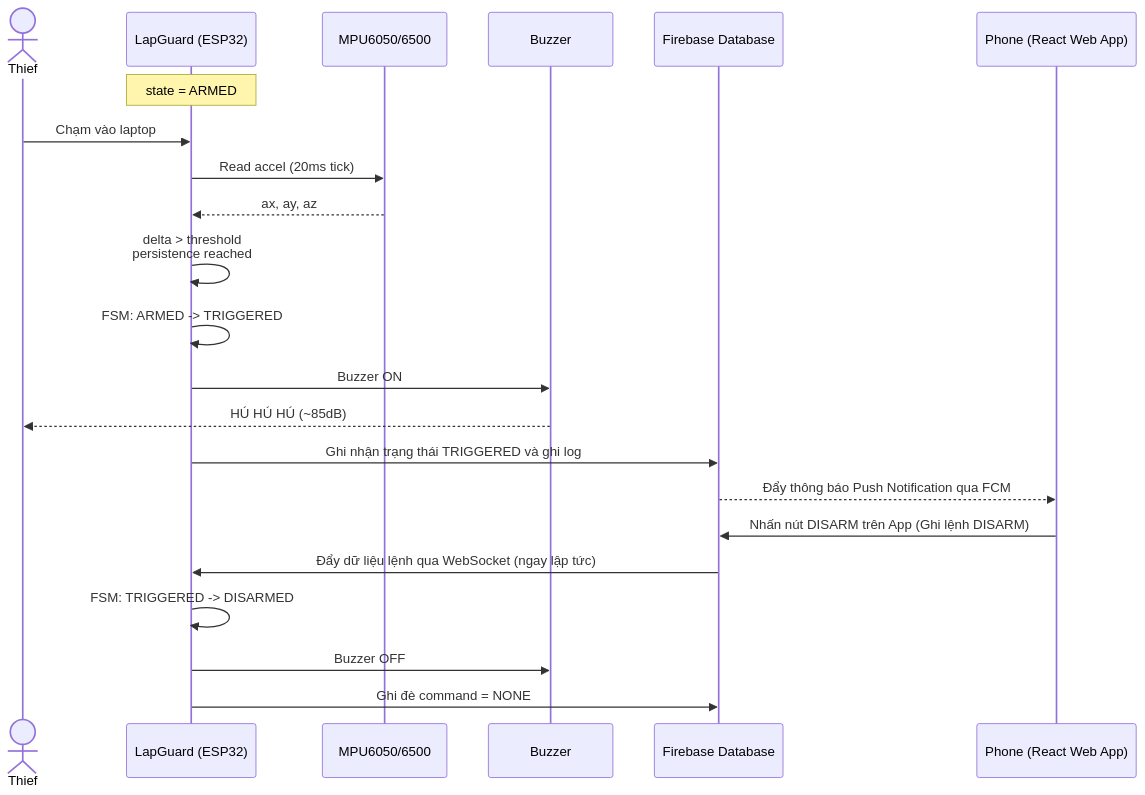
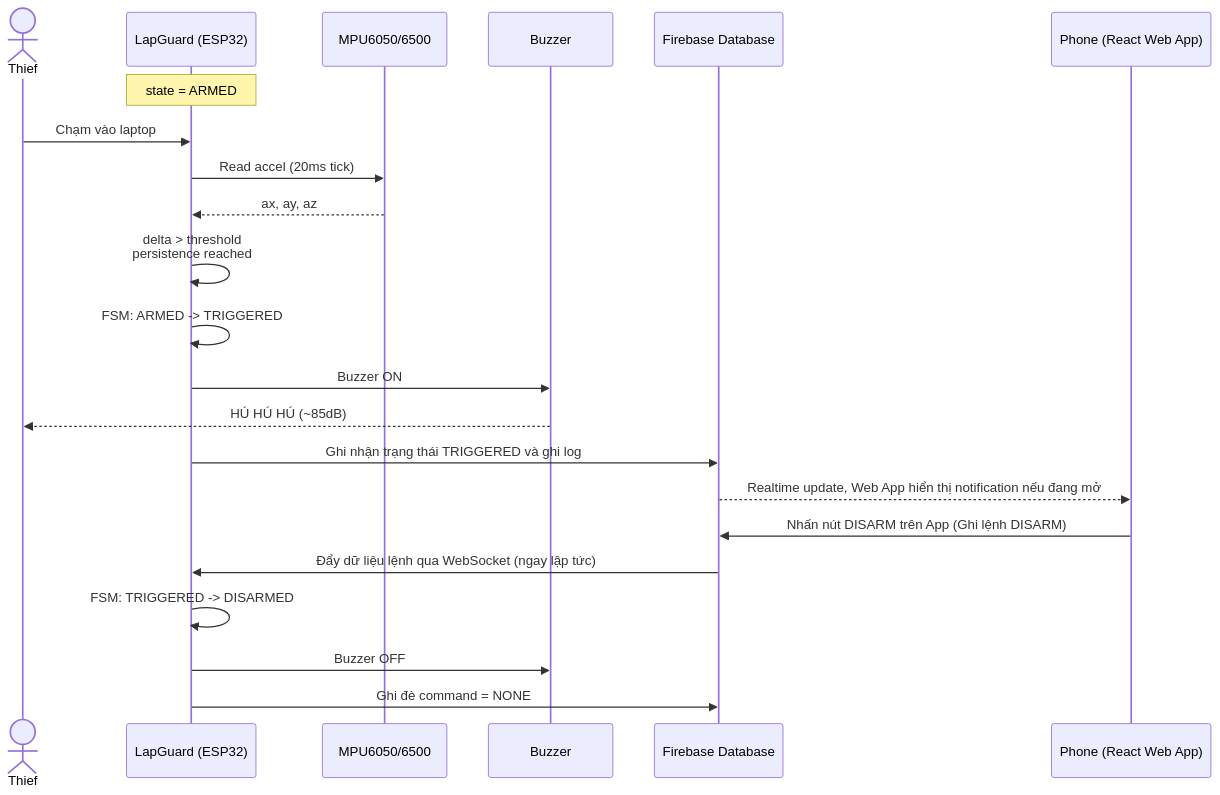
The fourth of 5 diagrams in docs/03-system-architecture.md (NHP234/AIoT), drawn with Mermaid before and after one commit. The commit also changed other lines of this file and 5 other files, not shown here.

Commit message:
docs: align Firebase architecture plan

````diff
--- a/docs/03-system-architecture.md
+++ b/docs/03-system-architecture.md
@@ -289,25 +289,25 @@
 ```mermaid
 sequenceDiagram
     actor T as Thief
     participant L as LapGuard (ESP32)
     participant S as MPU6050/6500
     participant B as Buzzer
     participant FB as Firebase Database
     participant P as Phone (React Web App)
 
     Note over L: state = ARMED
     T->>L: Chạm vào laptop
     L->>S: Read accel (20ms tick)
     S-->>L: ax, ay, az
     L->>L: delta > threshold<br/>persistence reached
     L->>L: FSM: ARMED -> TRIGGERED
     L->>B: Buzzer ON
     B-->>T: HÚ HÚ HÚ (~85dB)
     L->>FB: Ghi nhận trạng thái TRIGGERED và ghi log
-    FB-->>P: Đẩy thông báo Push Notification qua FCM
+    FB-->>P: Realtime update, Web App hiển thị notification nếu đang mở
     P->>FB: Nhấn nút DISARM trên App (Ghi lệnh DISARM)
     FB->>L: Đẩy dữ liệu lệnh qua WebSocket (ngay lập tức)
     L->>L: FSM: TRIGGERED -> DISARMED
     L->>B: Buzzer OFF
     L->>FB: Ghi đè command = NONE
 ```
````
